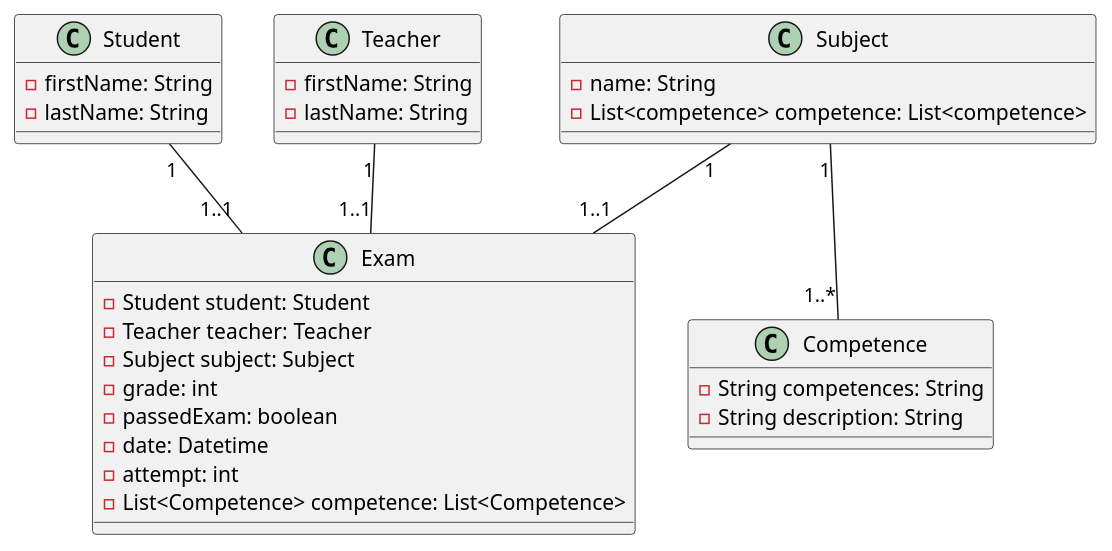
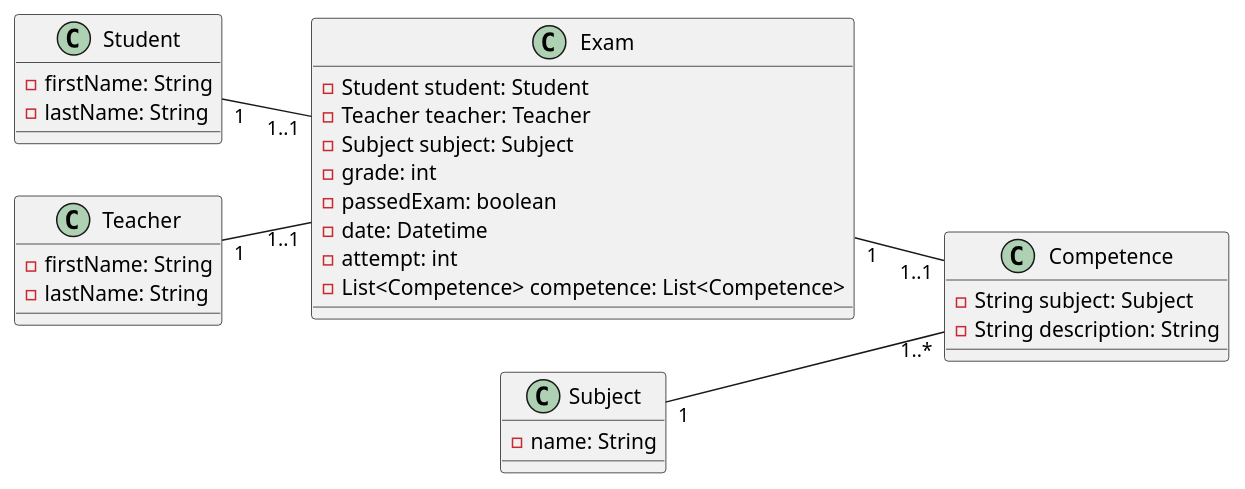
Before and after one commit to oliversugic/nostparkplatz: the diagram in docs/modell.puml, drawn with PlantUML.

Commit message:
pelzeder-readme-modell

```diff
--- a/docs/modell.puml
+++ b/docs/modell.puml
@@ -1,38 +1,42 @@
 @startuml
+
+left to right direction
+
 class Student{
     - firstName: String
     - lastName: String
 }
 
 class Teacher {
     - firstName: String
     - lastName: String
 }
 
 class Subject {
     - name: String
-    - List<competence> competence: List<competence>
 }
 class Competence {
-    - String competences: String
+    - String subject: Subject
     - String description: String
 }
 
 class Exam{
     - Student student: Student
     - Teacher teacher: Teacher
     - Subject subject: Subject
     - grade: int
     - passedExam: boolean
     - date: Datetime
     - attempt: int
     - List<Competence> competence: List<Competence>
 }
 
+Student "1" -- "1..1" Exam
 
-Student "1" -- "1..1" Exam
 Teacher "1" -- "1..1" Exam
-Subject "1" -- "1..1" Exam
+
+Exam "1" -- "1..1" Competence
+
 Subject "1" -- "1..*" Competence
 
 @enduml
```
